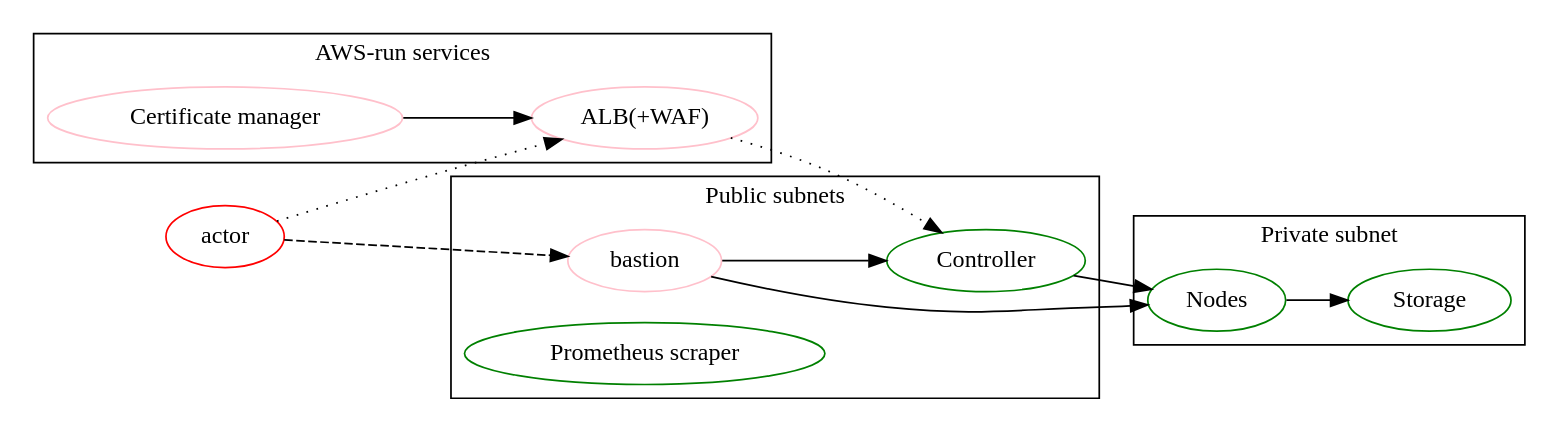
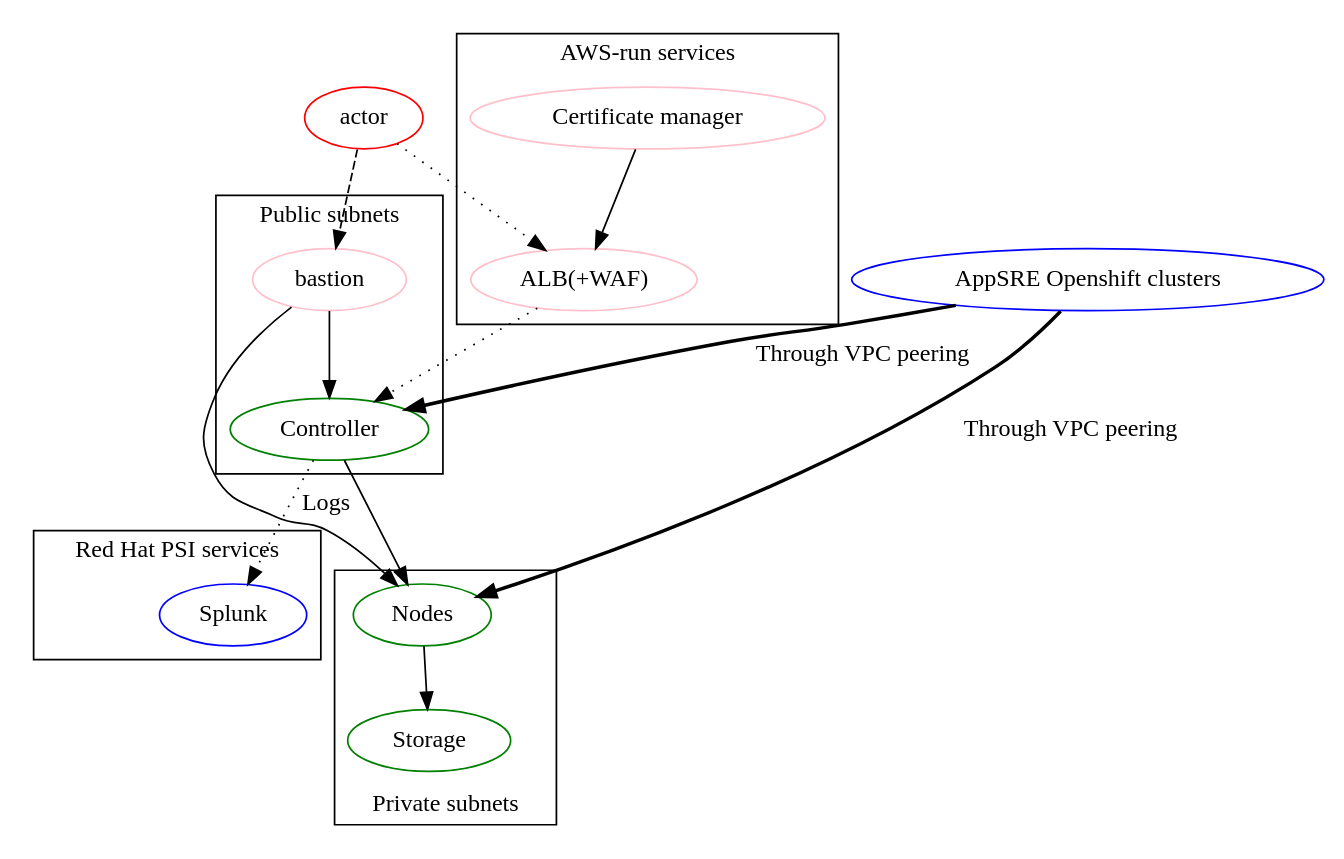
Before and after one commit to coleenquadros/configuration: the diagram in docs/app-sre/runbook/img/security-diagram.dot, drawn with Graphviz.

Commit message:
Update the security diagram

```diff
--- a/docs/app-sre/runbook/img/security-diagram.dot
+++ b/docs/app-sre/runbook/img/security-diagram.dot
@@ -1,40 +1,49 @@
 digraph G {
-        rankdir=LR;
+//        rankdir=LR;
         node[color=pink];
         certmanager[label="Certificate manager"];
         alb[label="ALB(+WAF)"];
         bastion[label="bastion"];
         node[color=green];
-        prometheus[label="Prometheus scraper"];
         controller[label="Controller"];
         workers[label="Nodes"];
         storage[label="Storage"];
         actor[color=red];
+        node[color=blue];
+        splunk[label="Splunk"];
+        appsrecl[label="AppSRE Openshift clusters"];
+
 
         subgraph cluster_public_subnets {
                 label="Public subnets";
                 controller;
                 bastion;
-                prometheus;
         }
 
         subgraph cluster_private_subnet {
-                //labelloc=b;
-                label="Private subnet";
+                labelloc=b;
+                label="Private subnets";
                 workers;
                 storage;
         }
 
         subgraph cluster_aws {
                 label="AWS-run services";
                 certmanager;
                 alb;
         }
 
+        subgraph cluster_psi {
+                label="Red Hat PSI services";
+                splunk;
+        }
+
         alb -> controller[style=dotted];
         controller -> workers -> storage[style=solid];
         certmanager -> alb;
         bastion -> {controller, workers}[style=solid];
         actor -> bastion[style=dashed];
         actor -> alb[style=dotted];
+        controller -> splunk[style=dotted, label=Logs];
+        appsrecl -> {workers, controller}[style=bold, label="Through VPC peering"];
 }
```
